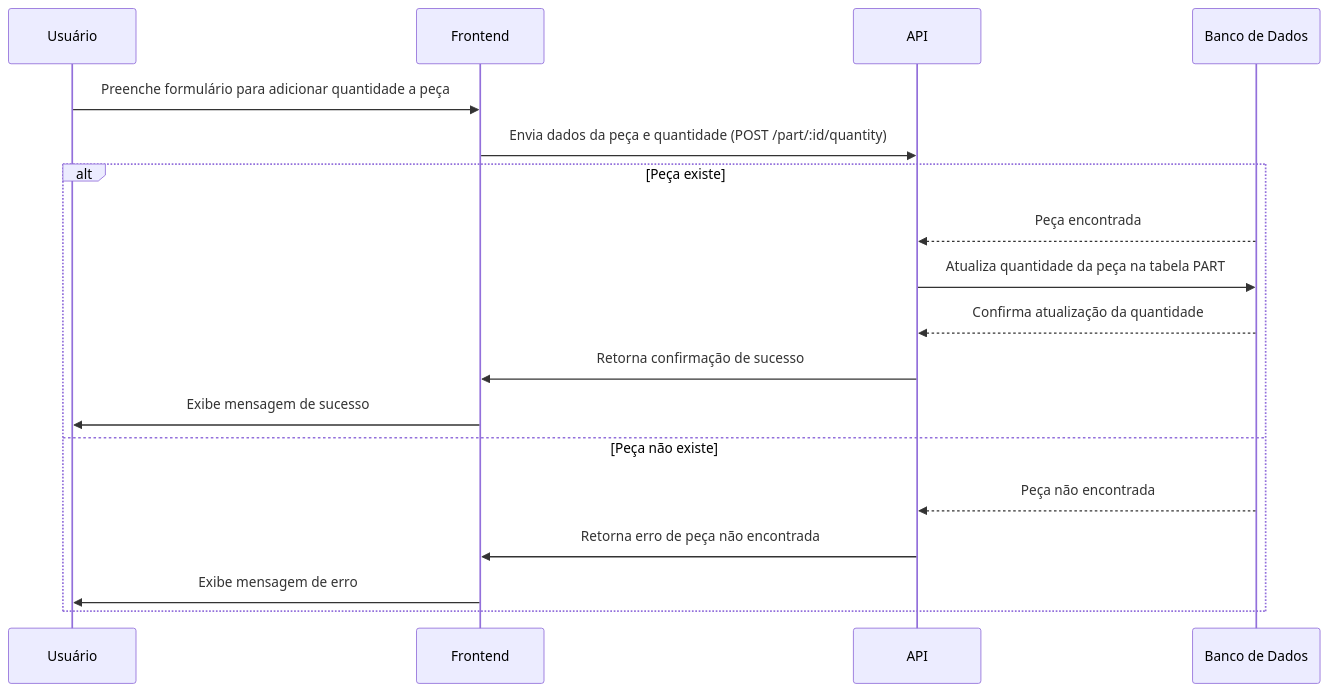
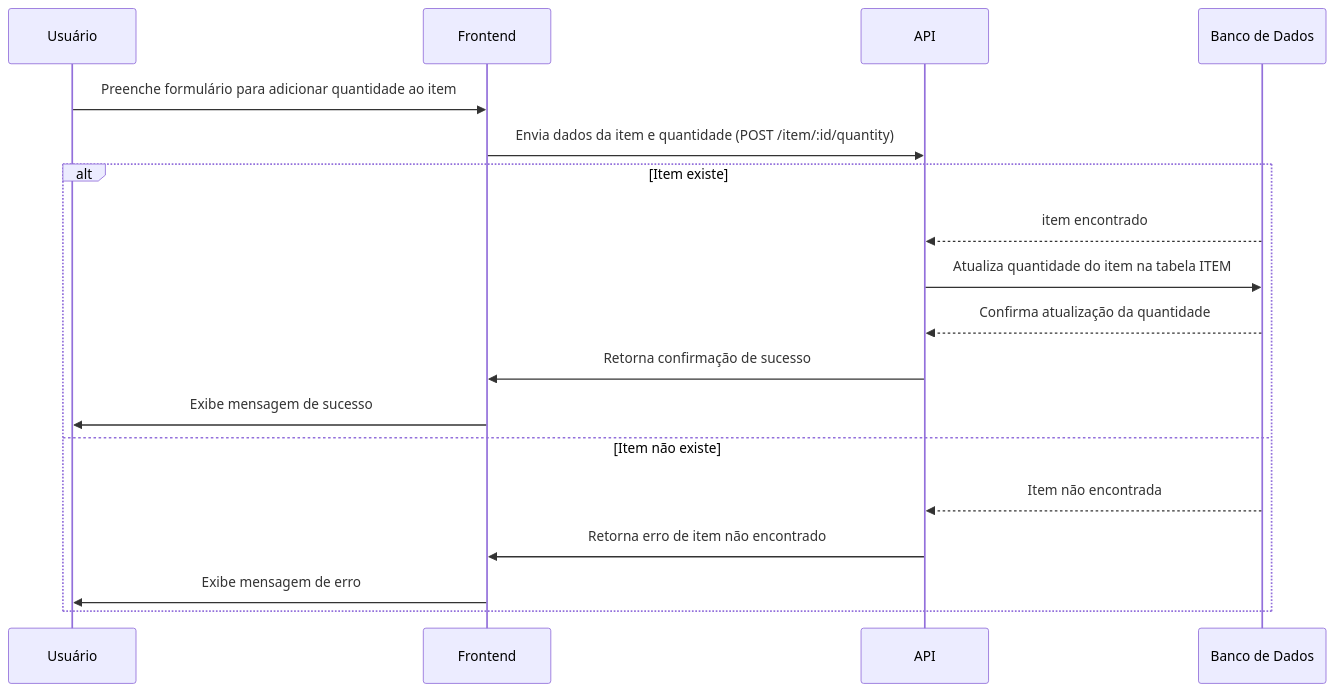
One commit to gabrielcavalcant/maintaner-ads changed the diagram in web/doc/workflows/inserir_quantidade_pecas_estoque.md. Above: the diagram before and after it, drawn with Mermaid. The commit also changed 24 other files, not shown here.

Commit message:
refactor: refactor part to item

````diff
--- a/web/doc/workflows/inserir_quantidade_pecas_estoque.md
+++ b/web/doc/workflows/inserir_quantidade_pecas_estoque.md
@@ -1,22 +1,22 @@
 ```mermaid
 sequenceDiagram
     participant U as Usuário
     participant F as Frontend
     participant A as API
     participant D as Banco de Dados
 
-    U->>F: Preenche formulário para adicionar quantidade a peça
-    F->>A: Envia dados da peça e quantidade (POST /part/:id/quantity)
-    alt Peça existe
-        D-->>A: Peça encontrada
-        A->>D: Atualiza quantidade da peça na tabela PART
+    U->>F: Preenche formulário para adicionar quantidade ao item
+    F->>A: Envia dados da item e quantidade (POST /item/:id/quantity)
+    alt Item existe
+        D-->>A: item encontrado
+        A->>D: Atualiza quantidade do item na tabela ITEM
         D-->>A: Confirma atualização da quantidade
         A->>F: Retorna confirmação de sucesso
         F->>U: Exibe mensagem de sucesso
-    else Peça não existe
-        D-->>A: Peça não encontrada
-        A->>F: Retorna erro de peça não encontrada
+    else Item não existe
+        D-->>A: Item não encontrada
+        A->>F: Retorna erro de item não encontrado
         F->>U: Exibe mensagem de erro
     end
 
 ```
````
